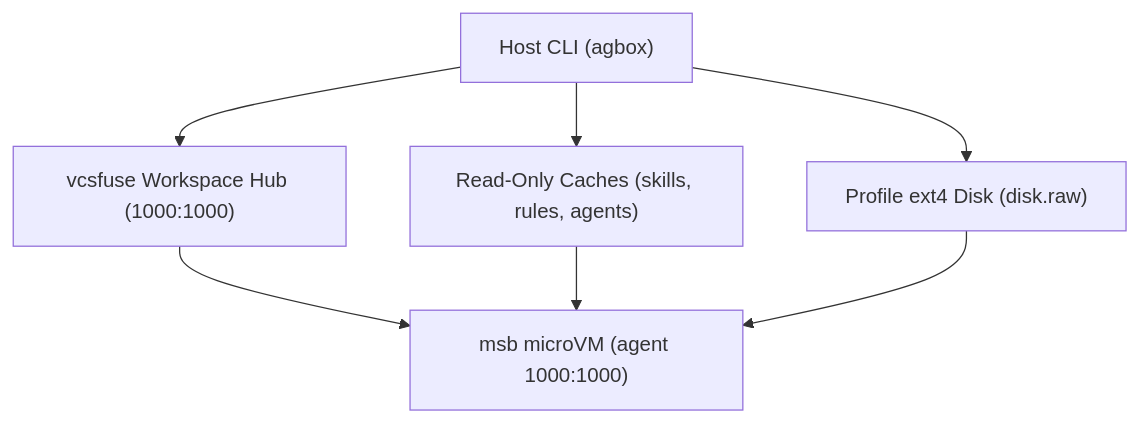
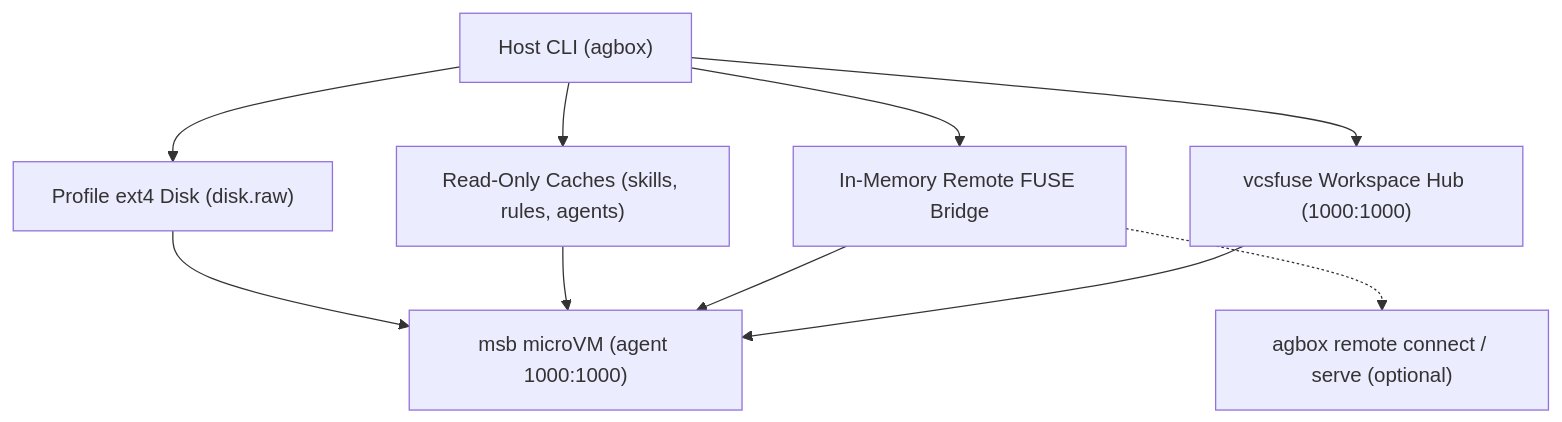
The diagram in README.md (neoautomata/agbox), drawn with Mermaid before and after one commit. The commit also changed other lines of this file and 45 other files, not shown here.

````diff
--- a/README.md
+++ b/README.md
@@ -5,9 +5,12 @@
 ```mermaid
 flowchart TD
     CLI["Host CLI (agbox)"] --> HUB["vcsfuse Workspace Hub (1000:1000)"]
+    CLI --> BRIDGE["In-Memory Remote FUSE Bridge"]
     CLI --> CACHE["Read-Only Caches (skills, rules, agents)"]
     CLI --> DISK["Profile ext4 Disk (disk.raw)"]
     HUB --> VM["msb microVM (agent 1000:1000)"]
+    BRIDGE --> VM
+    BRIDGE -.-> REMOTE["agbox remote connect / serve (optional)"]
     CACHE --> VM
     DISK --> VM
 ```
````
